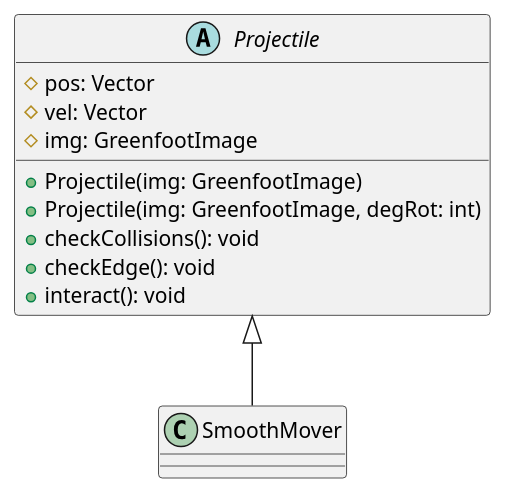
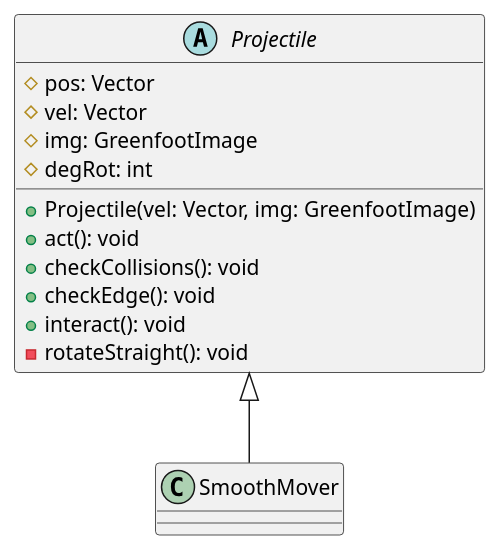
The diagram in UML/Projectile.puml (eli-wood-dev/Roads-of-Rage), drawn with PlantUML before and after one commit. The commit also changed 2 other files, not shown here.

Commit message:
made projectiles rotate towards vel

```diff
--- a/UML/Projectile.puml
+++ b/UML/Projectile.puml
@@ -1,19 +1,21 @@
 @startuml
 
 abstract class Projectile
 class SmoothMover
 
 Projectile <|-- SmoothMover
 
 Projectile : #pos: Vector
 Projectile : #vel: Vector
 Projectile : #img: GreenfootImage
+Projectile : #degRot: int
 
-Projectile : +Projectile(img: GreenfootImage)
-Projectile : +Projectile(img: GreenfootImage, degRot: int)
+Projectile : +Projectile(vel: Vector, img: GreenfootImage)
 
+Projectile : +act(): void
 Projectile : +checkCollisions(): void
 Projectile : +checkEdge(): void
 Projectile : +interact(): void
+Projectile : -rotateStraight(): void
 
 @enduml
```
